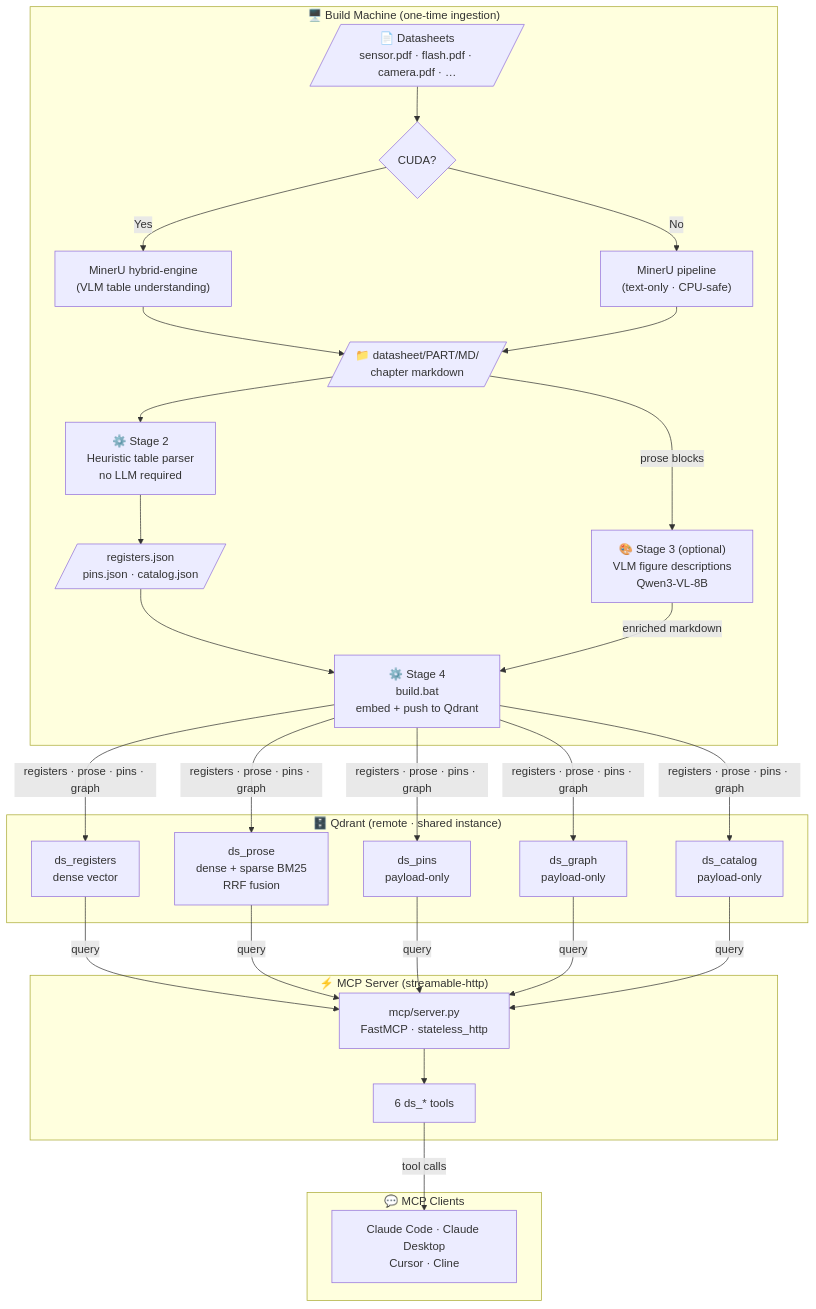
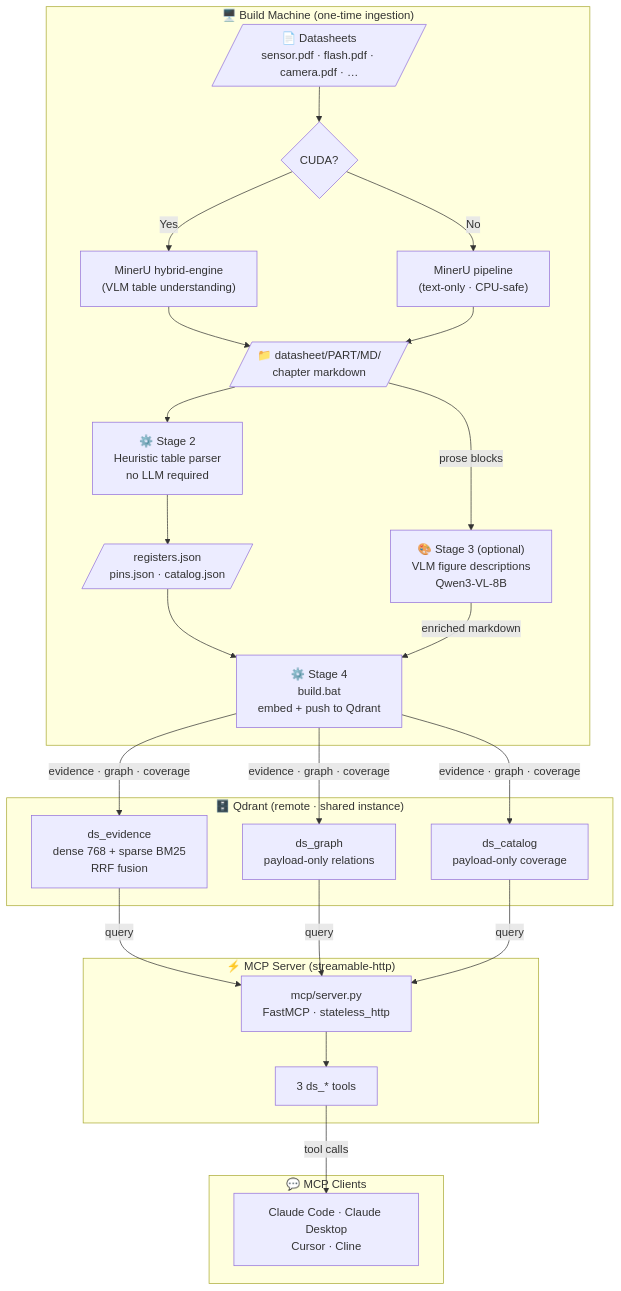
One commit to hungnguyen1503/datasheet-mcp changed the first of 2 diagrams in README.md. Above: the diagram before and after it, drawn with Mermaid. The commit also changed other lines of this file and 53 other files, not shown here.

````diff
--- a/README.md
+++ b/README.md
@@ -46,40 +45,38 @@
 ```mermaid
 graph TB
     subgraph Build["🖥️ Build Machine  (one-time ingestion)"]
         PDF[/"📄 Datasheets<br/>sensor.pdf · flash.pdf · camera.pdf · …"/]
         GPU{"CUDA?"}
         S1H["MinerU hybrid-engine<br/>(VLM table understanding)"]
         S1P["MinerU pipeline<br/>(text-only · CPU-safe)"]
         MD[/"📁 datasheet/PART/MD/<br/>chapter markdown"/]
         S2["⚙️ Stage 2<br/>Heuristic table parser<br/>no LLM required"]
         JSON[/"registers.json<br/>pins.json · catalog.json"/]
         S3["🎨 Stage 3 (optional)<br/>VLM figure descriptions<br/>Qwen3-VL-8B"]
         S4["⚙️ Stage 4<br/>build.bat<br/>embed + push to Qdrant"]
     end
 
     subgraph DB["🗄️ Qdrant  (remote · shared instance)"]
-        R["ds_registers<br/>dense vector"]
-        P["ds_prose<br/>dense + sparse BM25<br/>RRF fusion"]
-        PI["ds_pins<br/>payload-only"]
-        G["ds_graph<br/>payload-only"]
-        C["ds_catalog<br/>payload-only"]
+        E["ds_evidence<br/>dense 768 + sparse BM25<br/>RRF fusion"]
+        G["ds_graph<br/>payload-only relations"]
+        C["ds_catalog<br/>payload-only coverage"]
     end
 
     subgraph Server["⚡ MCP Server  (streamable-http)"]
         SRV["mcp/server.py<br/>FastMCP · stateless_http"]
-        TOOLS["6 ds_* tools"]
+        TOOLS["3 ds_* tools"]
     end
 
     subgraph Clients["💬 MCP Clients"]
         CLI["Claude Code · Claude Desktop<br/>Cursor · Cline"]
     end
 
     PDF --> GPU
     GPU -- "Yes" --> S1H --> MD
     GPU -- "No"  --> S1P --> MD
     MD --> S2 --> JSON --> S4
     MD -->|"prose blocks"| S3 -->|"enriched markdown"| S4
-    S4 -->|"registers · prose · pins · graph"| R & P & PI & G & C
-    R & P & PI & G & C -->|"query"| SRV
+    S4 -->|"evidence · graph · coverage"| E & G & C
+    E & G & C -->|"query"| SRV
     SRV --> TOOLS -->|"tool calls"| CLI
 ```
````
